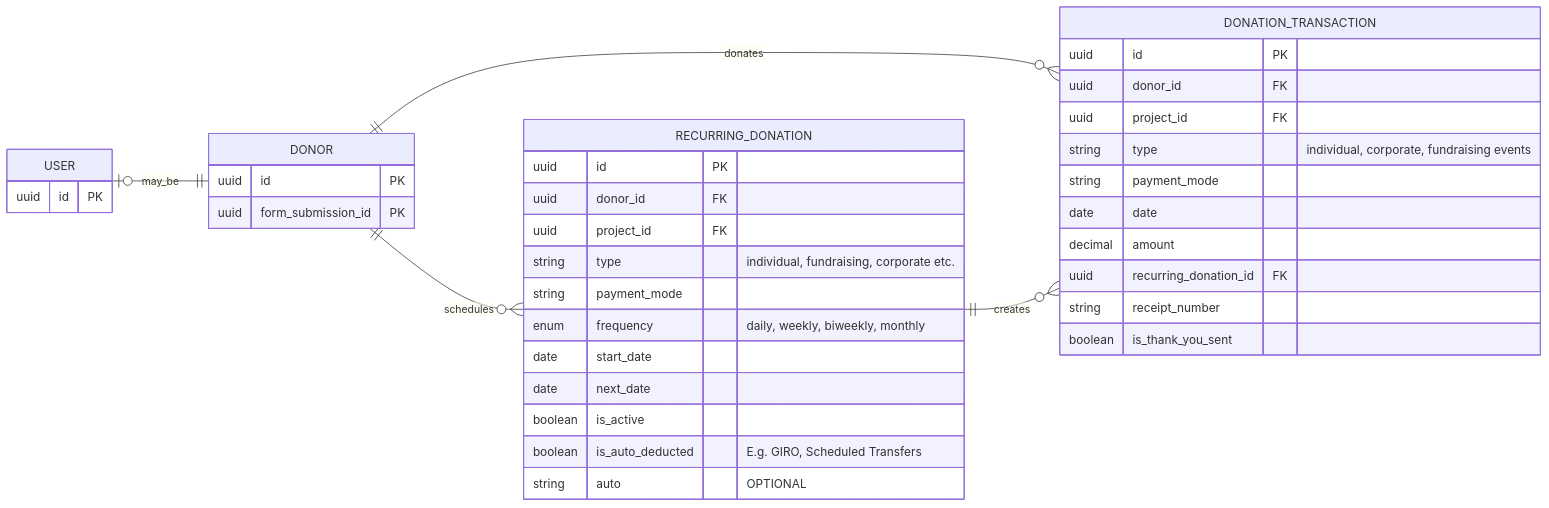
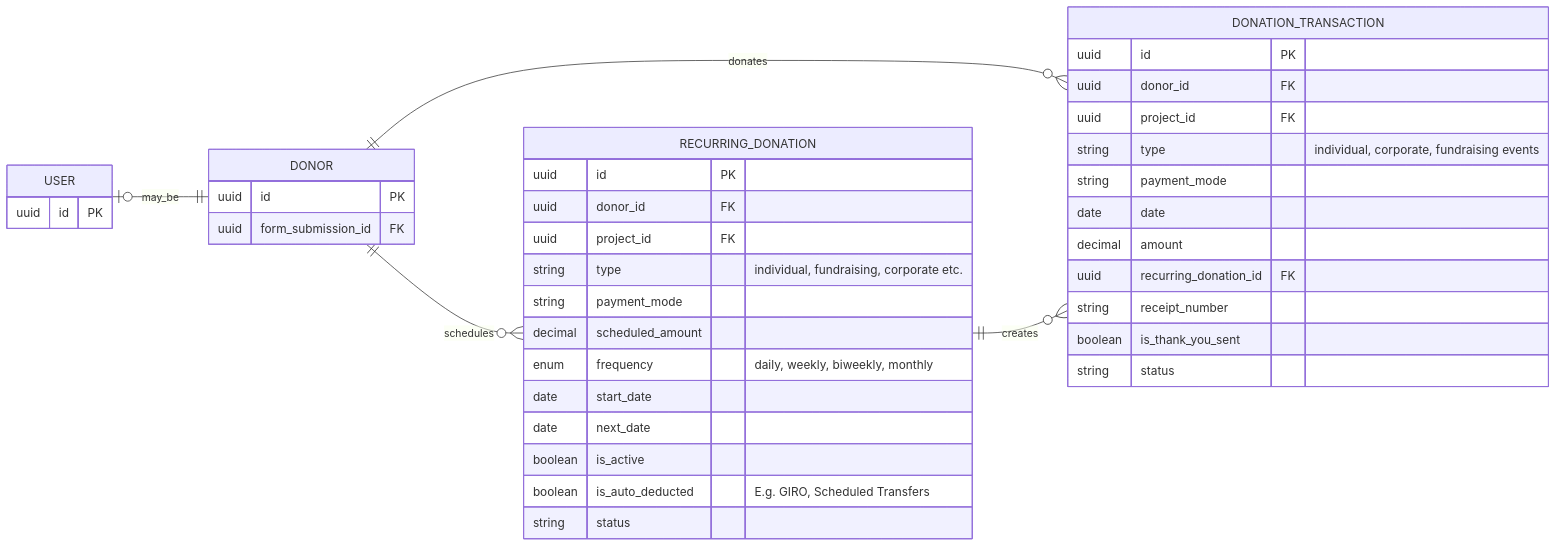
Before and after one commit to SiloamXperience-DG-AY2526/backend: the diagram in docs/db-schema/donor-ms-schema.md, drawn with Mermaid. The commit also changed other lines of this file and 10 other files, not shown here.

````diff
--- a/docs/db-schema/donor-ms-schema.md
+++ b/docs/db-schema/donor-ms-schema.md
@@ -17,42 +17,43 @@
 ```mermaid
 erDiagram
     direction LR
     USER |o--|| DONOR : may_be
     DONOR ||--o{ DONATION_TRANSACTION : donates
     DONOR ||--o{ RECURRING_DONATION : schedules
     RECURRING_DONATION ||--o{ DONATION_TRANSACTION : creates
 
     USER {
         uuid id PK
     }
     DONOR {
         uuid id PK
-        uuid form_submission_id PK
+        uuid form_submission_id FK
     }
     RECURRING_DONATION {
         uuid id PK
         uuid donor_id FK
         uuid project_id FK
         string type "individual, fundraising, corporate etc."
         string payment_mode
+        decimal scheduled_amount
         enum frequency "daily, weekly, biweekly, monthly"
         date start_date
         date next_date
         boolean is_active
         boolean is_auto_deducted "E.g. GIRO, Scheduled Transfers"
-        string auto "OPTIONAL"
-
+        string status
     }
     DONATION_TRANSACTION {
         uuid id PK
         uuid donor_id FK
         uuid project_id FK
         string type "individual, corporate, fundraising events"
         string payment_mode
         date date
         decimal amount
         uuid recurring_donation_id FK
         string receipt_number
         boolean is_thank_you_sent
+        string status
     }
 ```
````
